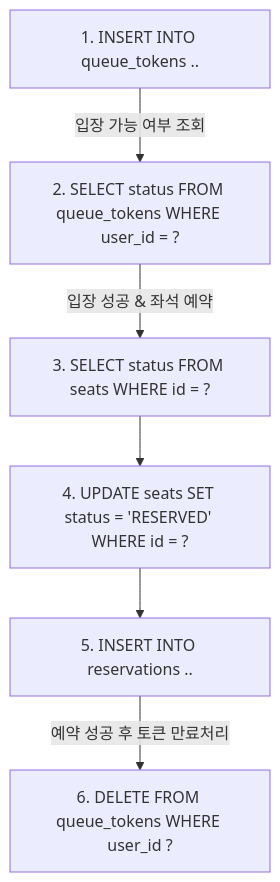
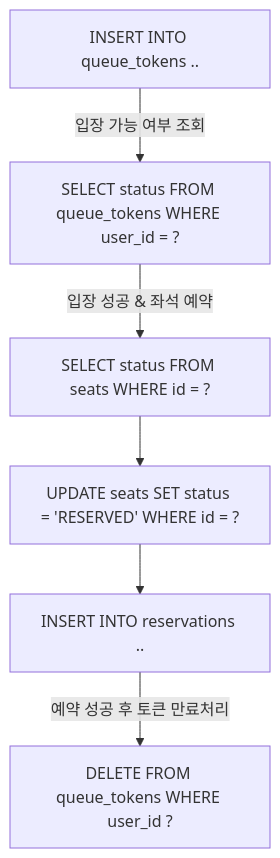
One commit to boy672820/hhplus-server-concert changed the fifth of 6 diagrams in docs/performance.md. Above: the diagram before and after it, drawn with Mermaid. The commit also changed other lines of this file, not shown here.

Commit message:
mermaid 에러 수정

````diff
--- a/docs/performance.md
+++ b/docs/performance.md
@@ -331,5 +331,5 @@
 ```mermaid
 flowchart TD
 
-1[1. INSERT INTO queue_tokens ..]--입장 가능 여부 조회-->2[2. SELECT status FROM queue_tokens WHERE user_id = ?]--입장 성공 & 좌석 예약-->3[3. SELECT status FROM seats WHERE id = ?]-->4[4. UPDATE seats SET status = 'RESERVED' WHERE id = ?]-->5[5. INSERT INTO reservations ..]--예약 성공 후 토큰 만료처리-->6[6. DELETE FROM queue_tokens WHERE user_id ?]
+1[INSERT INTO queue_tokens ..]--입장 가능 여부 조회-->2[SELECT status FROM queue_tokens WHERE user_id = ?]--입장 성공 & 좌석 예약-->3[SELECT status FROM seats WHERE id = ?]-->4[UPDATE seats SET status = 'RESERVED' WHERE id = ?]-->5[INSERT INTO reservations ..]--예약 성공 후 토큰 만료처리-->6[DELETE FROM queue_tokens WHERE user_id ?]
 ```
````
